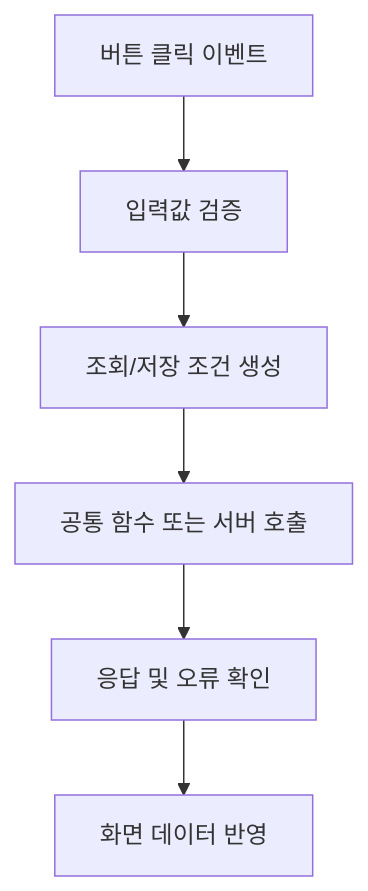
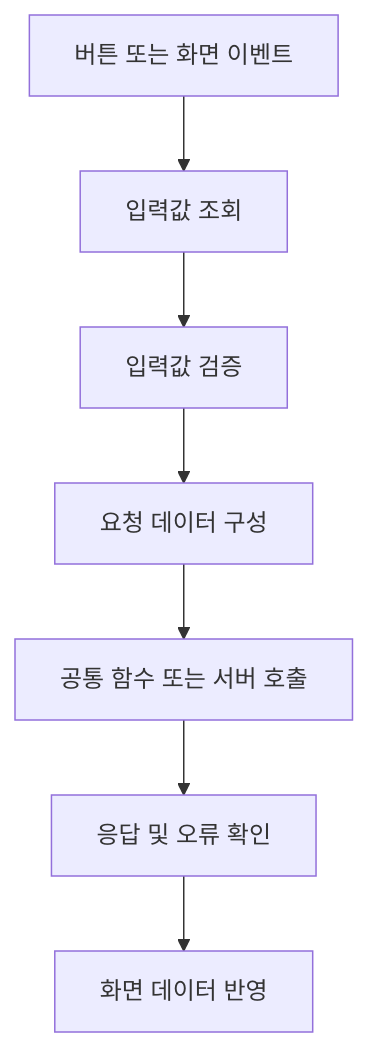
One commit to Team-Microserver/vbscript-doc changed the second of 2 diagrams in docs/vbscript_core_summary/00_getting_started/learning_guide.md. Above: the diagram before and after it, drawn with Mermaid. The commit also changed other lines of this file and 2 other files, not shown here.

````diff
--- a/docs/vbscript_core_summary/00_getting_started/learning_guide.md
+++ b/docs/vbscript_core_summary/00_getting_started/learning_guide.md
@@ -112,8 +290,9 @@
 ```mermaid
 flowchart TD
-    A[버튼 클릭 이벤트] --> B[입력값 검증]
-    B --> C[조회/저장 조건 생성]
-    C --> D[공통 함수 또는 서버 호출]
-    D --> E[응답 및 오류 확인]
-    E --> F[화면 데이터 반영]
+    A[버튼 또는 화면 이벤트] --> B[입력값 조회]
+    B --> C[입력값 검증]
+    C --> D[요청 데이터 구성]
+    D --> E[공통 함수 또는 서버 호출]
+    E --> F[응답 및 오류 확인]
+    F --> G[화면 데이터 반영]
 ```
````
